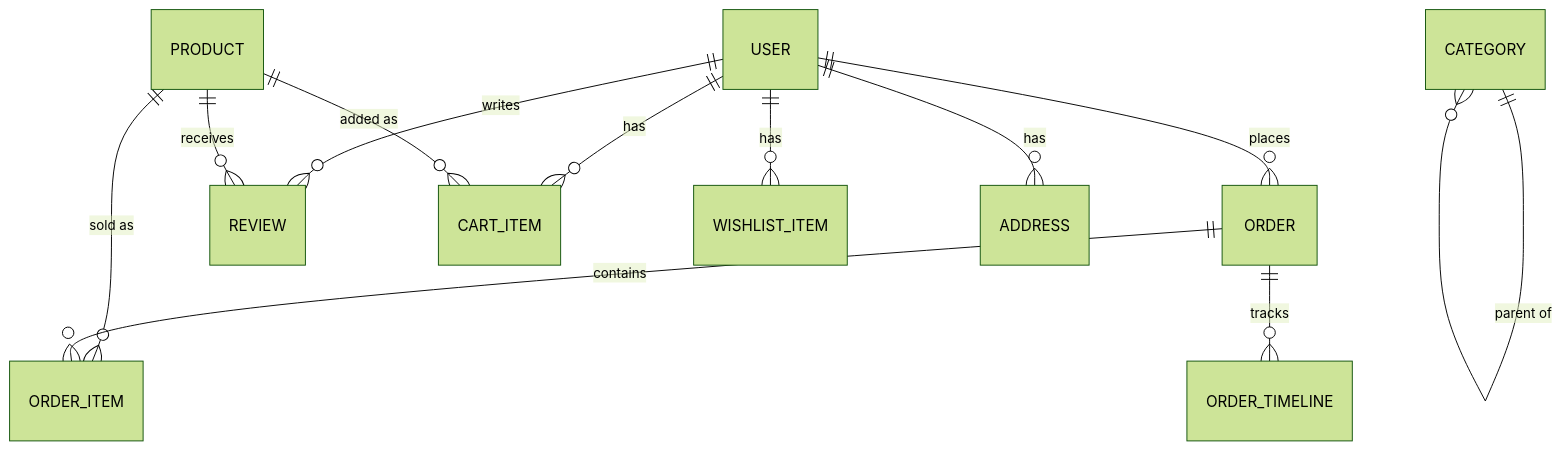
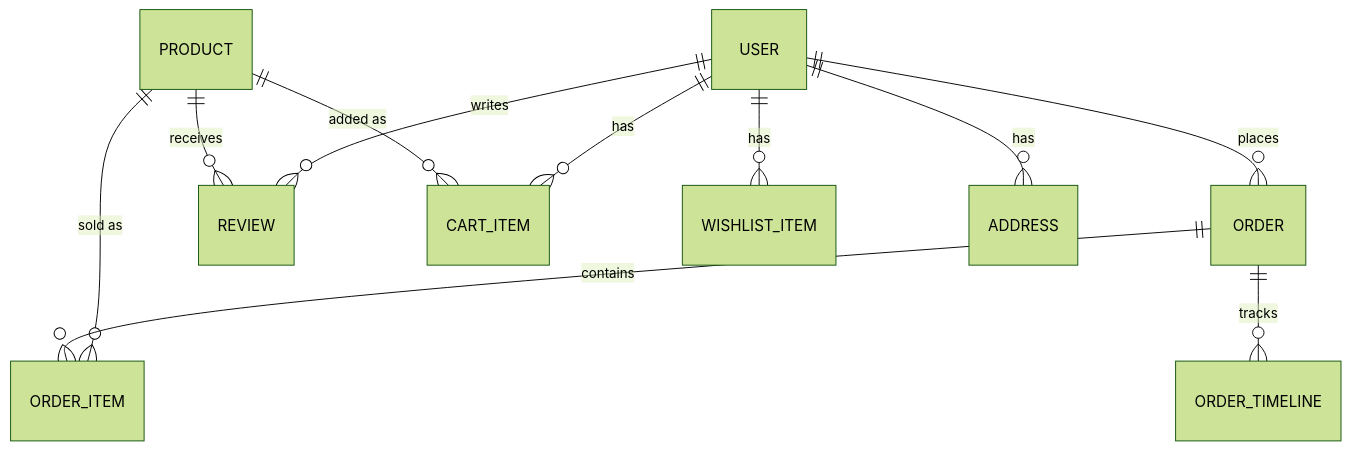
One commit to tanmaytyagii/amazon-clone-nextjs changed the diagram in README.md. Above: the diagram before and after it, drawn with Mermaid (forest theme). The commit also changed other lines of this file and 181 other files, not shown here.

````diff
--- a/README.md
+++ b/README.md
@@ -313,14 +336,13 @@
 ```mermaid
 erDiagram
     USER ||--o{ ORDER : places
     USER ||--o{ REVIEW : writes
     USER ||--o{ CART_ITEM : has
     USER ||--o{ WISHLIST_ITEM : has
     USER ||--o{ ADDRESS : has
     PRODUCT ||--o{ REVIEW : receives
     PRODUCT ||--o{ ORDER_ITEM : "sold as"
     PRODUCT ||--o{ CART_ITEM : "added as"
     ORDER ||--o{ ORDER_ITEM : contains
     ORDER ||--o{ ORDER_TIMELINE : tracks
-    CATEGORY ||--o{ CATEGORY : "parent of"
 ```
````
